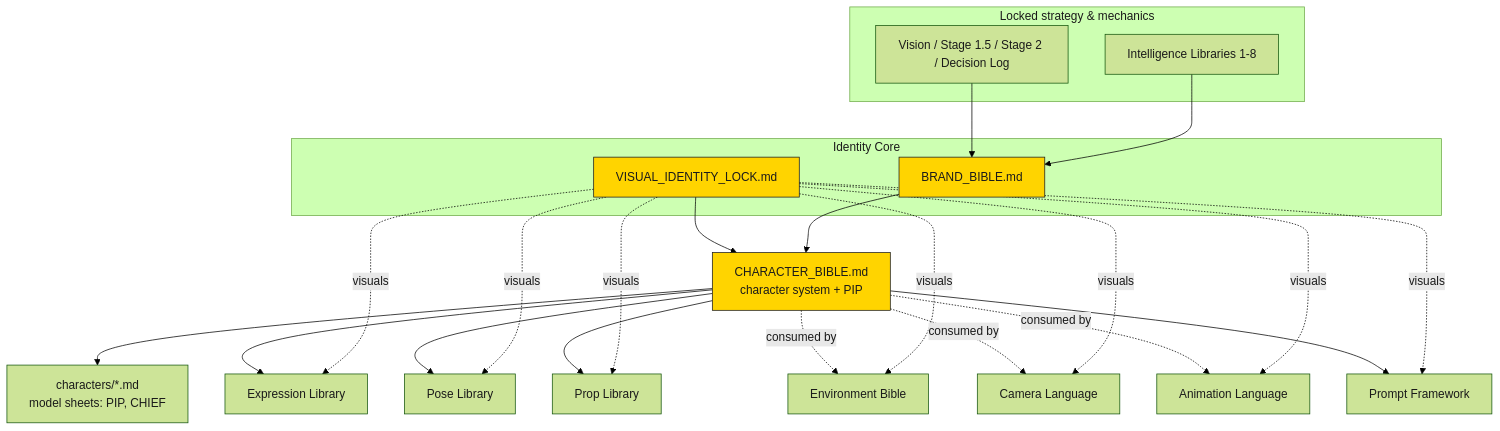
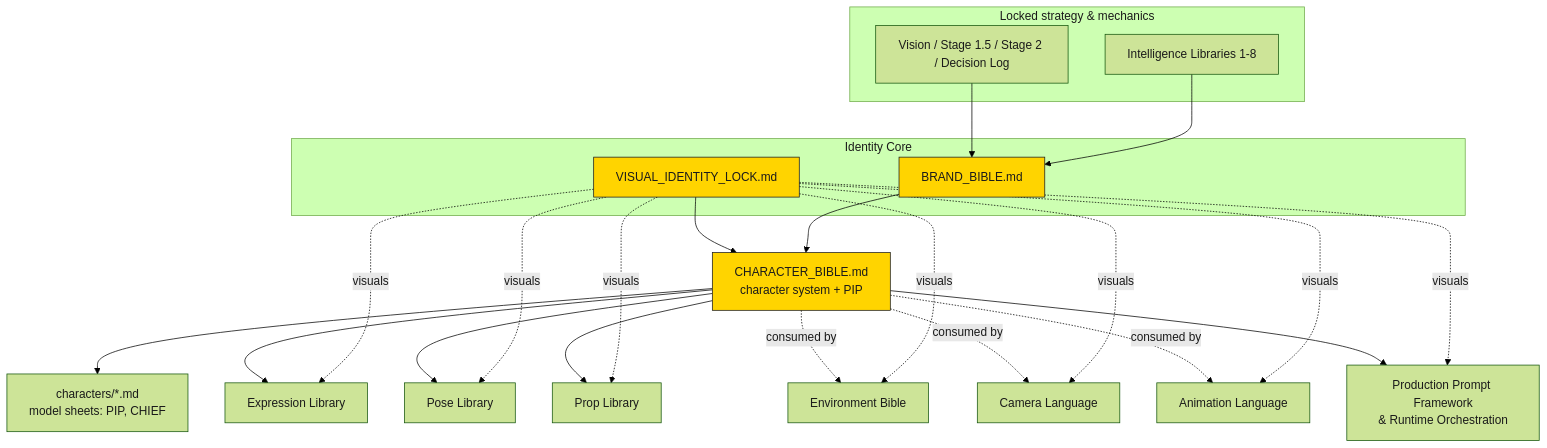
The second of 2 diagrams in production/design/CHARACTER_BIBLE.md (AmbarPandey/C-Cloning), drawn with Mermaid (forest theme) before and after one commit. The commit also changed 9 other files, not shown here.

````diff
--- a/production/design/CHARACTER_BIBLE.md
+++ b/production/design/CHARACTER_BIBLE.md
@@ -609,33 +609,33 @@
 ```mermaid
 flowchart TD
     subgraph LOCKED[Locked strategy & mechanics]
         STRAT[Vision / Stage 1.5 / Stage 2 / Decision Log]
         LIBS[Intelligence Libraries 1-8]
     end
 
     subgraph CORE[Identity Core]
         VIL[VISUAL_IDENTITY_LOCK.md]
         BB[BRAND_BIBLE.md]
     end
 
     CHB[CHARACTER_BIBLE.md<br/>character system + PIP]
     MS[characters/*.md<br/>model sheets: PIP, CHIEF]
 
     STRAT --> BB
     LIBS --> BB
     VIL --> CHB
     BB --> CHB
     CHB --> MS
 
     CHB --> EX[Expression Library]
     CHB --> PO[Pose Library]
     CHB --> PR[Prop Library]
     CHB -. consumed by .-> EN[Environment Bible]
     CHB -. consumed by .-> CAM[Camera Language]
     CHB -. consumed by .-> ANI[Animation Language]
-    CHB --> PF[Prompt Framework]
+    CHB --> PF[Production Prompt Framework<br/>& Runtime Orchestration]
 
     VIL -. visuals .-> EX & PO & PR & EN & CAM & ANI & PF
     classDef root fill:#FFD400,stroke:#1A1A1A,color:#1A1A1A;
     class VIL,BB,CHB root
 ```
````
